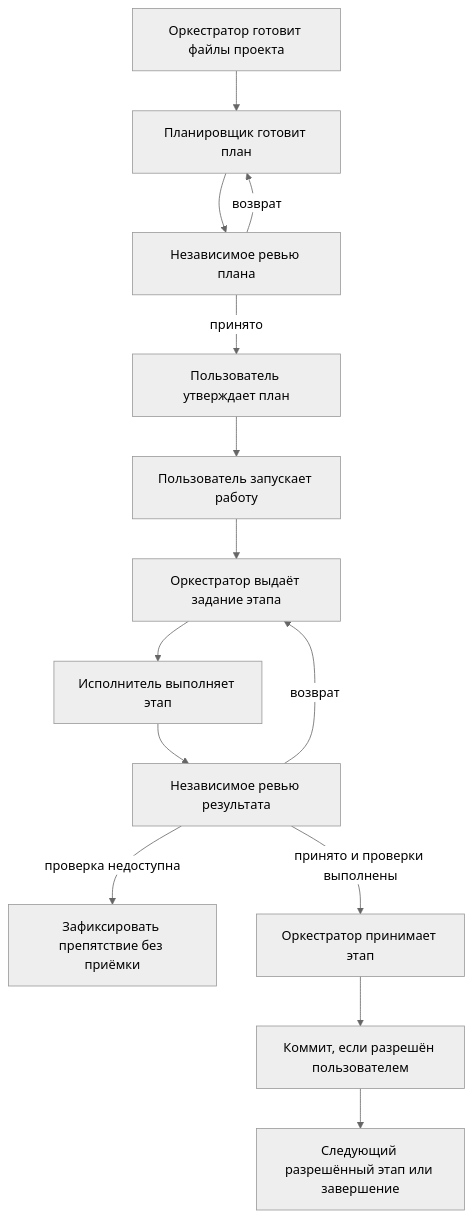
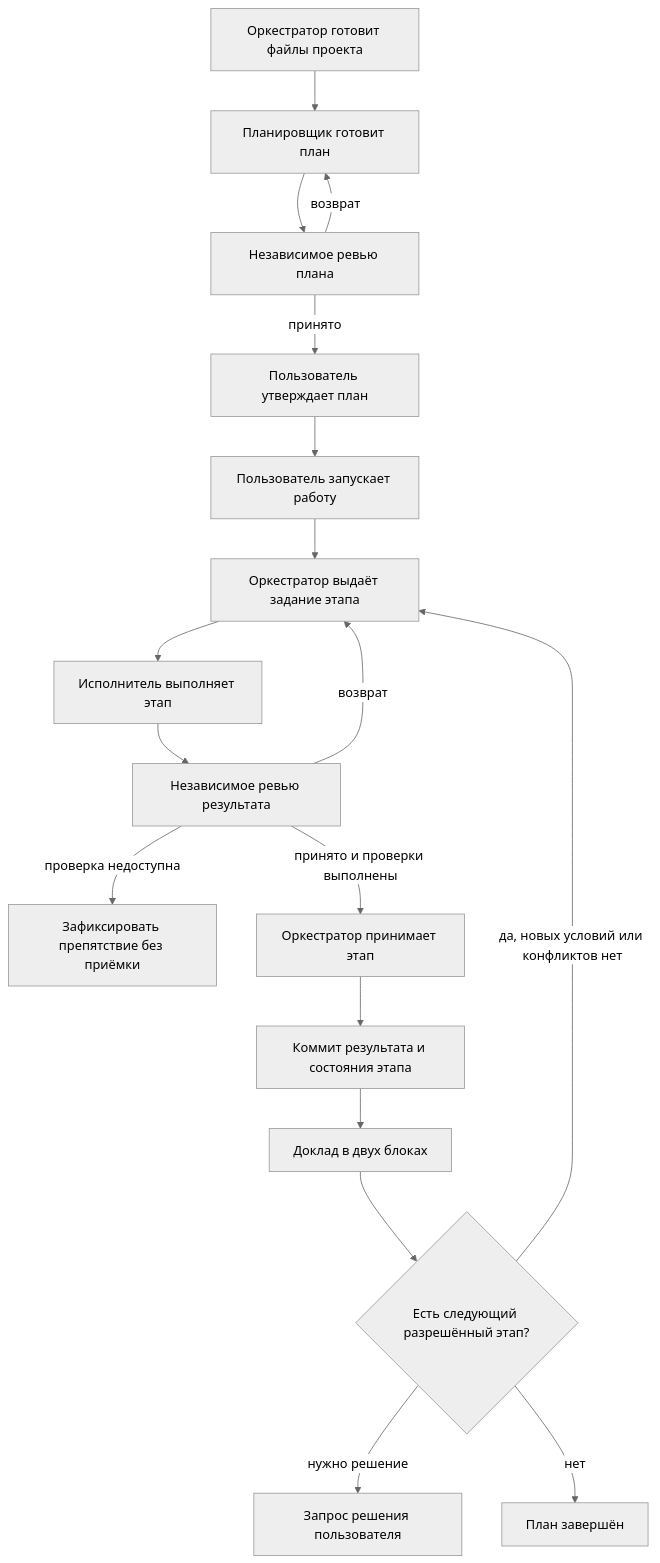
Before and after one commit to asaf1n/AI-Orchestrated-Workflow: the diagram in README.md, drawn with Mermaid (neutral theme). The commit also changed other lines of this file and 15 other files, not shown here.

````diff
--- a/README.md
+++ b/README.md
@@ -57,16 +57,20 @@
 ```mermaid
 flowchart TD
     prepare[Оркестратор готовит файлы проекта] --> plan[Планировщик готовит план]
     plan --> planReview[Независимое ревью плана]
     planReview -->|возврат| plan
     planReview -->|принято| approve[Пользователь утверждает план]
     approve --> start[Пользователь запускает работу]
     start --> spec[Оркестратор выдаёт задание этапа]
     spec --> implement[Исполнитель выполняет этап]
     implement --> review[Независимое ревью результата]
     review -->|возврат| spec
     review -->|проверка недоступна| blocked[Зафиксировать препятствие без приёмки]
     review -->|принято и проверки выполнены| accept[Оркестратор принимает этап]
-    accept --> commit[Коммит, если разрешён пользователем]
-    commit --> next[Следующий разрешённый этап или завершение]
+    accept --> commit[Коммит результата и состояния этапа]
+    commit --> report[Доклад в двух блоках]
+    report --> next{Есть следующий разрешённый этап?}
+    next -->|да, новых условий или конфликтов нет| spec
+    next -->|нужно решение| decision[Запрос решения пользователя]
+    next -->|нет| done[План завершён]
 ```
````
